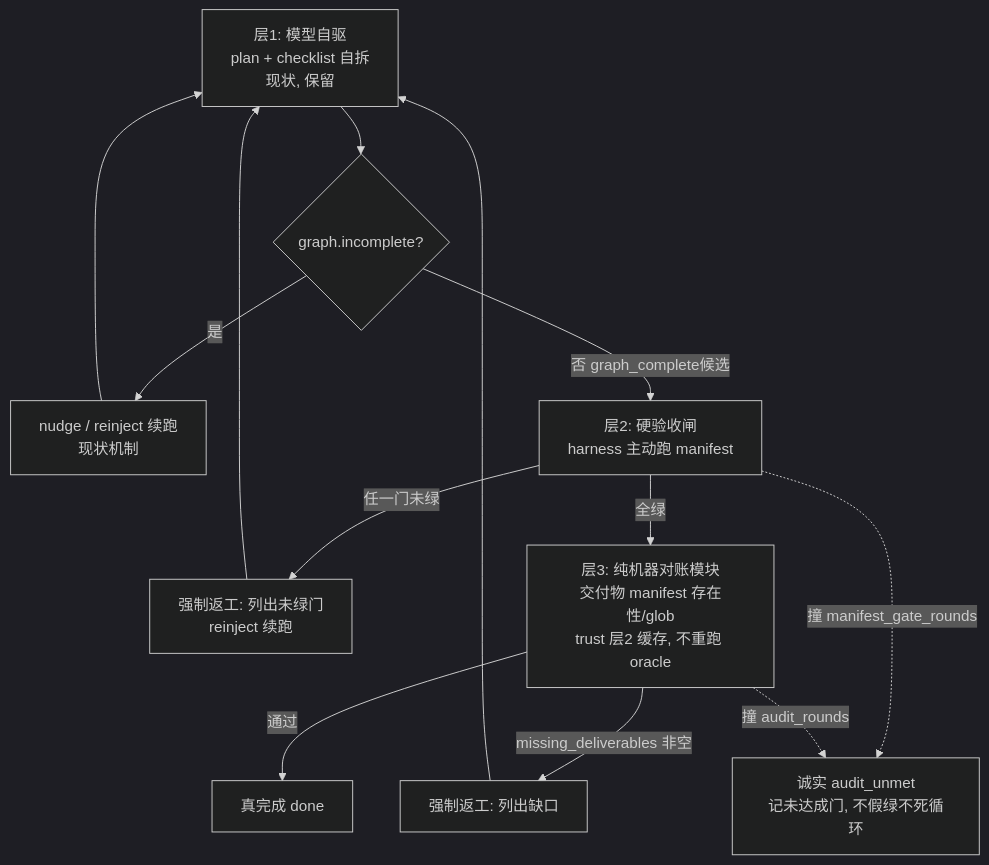
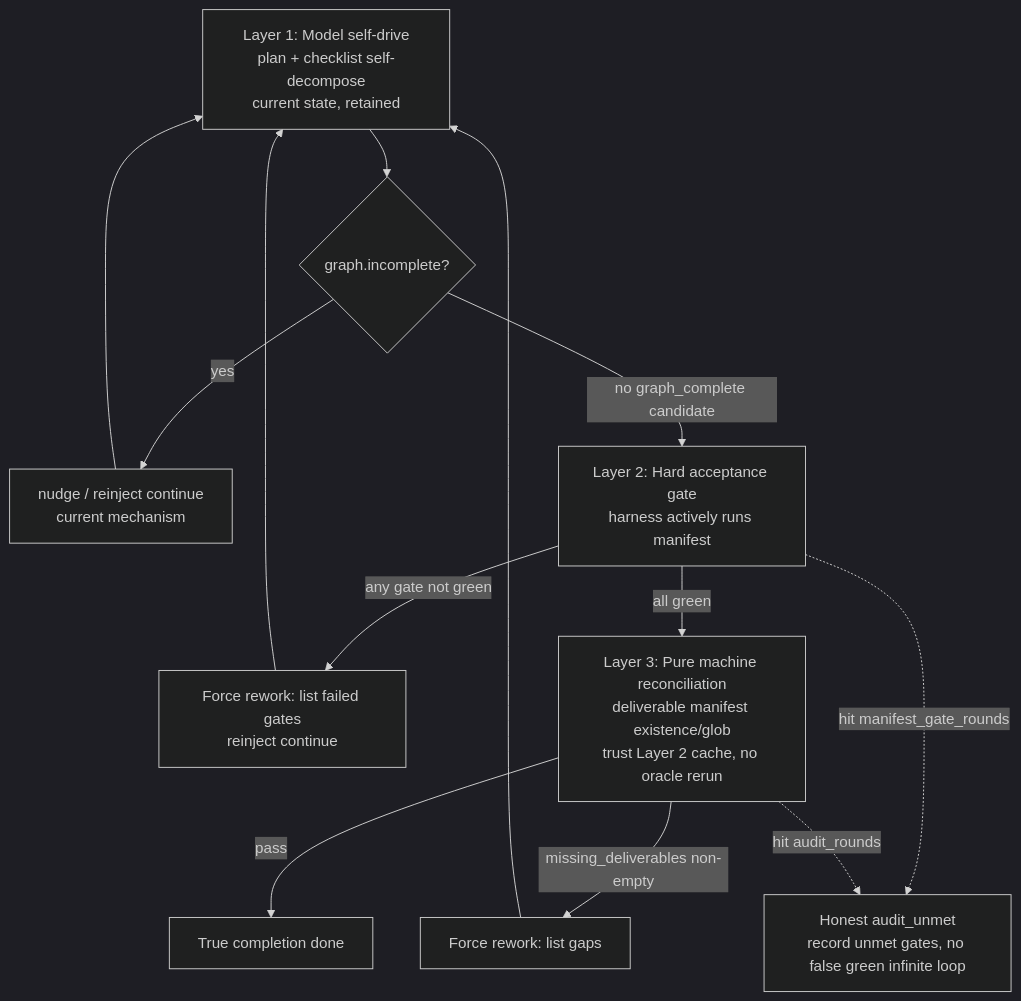
The diagram in docs/harness/COMPOSABLE_HARNESS.md (didclawapp-ai/zagens), drawn with Mermaid (dark theme) before and after one commit. The commit also changed other lines of this file and 26 other files, not shown here.

````diff
--- a/docs/harness/COMPOSABLE_HARNESS.md
+++ b/docs/harness/COMPOSABLE_HARNESS.md
@@ -101,15 +101,15 @@
 ```mermaid
 flowchart TD
-    A[层1: 模型自驱<br/>plan + checklist 自拆<br/>现状, 保留] --> B{graph.incomplete?}
-    B -- 是 --> N[nudge / reinject 续跑<br/>现状机制]
+    A[Layer 1: Model self-drive<br/>plan + checklist self-decompose<br/>current state, retained] --> B{graph.incomplete?}
+    B -- yes --> N[nudge / reinject continue<br/>current mechanism]
     N --> A
-    B -- 否 graph_complete候选 --> C[层2: 硬验收闸<br/>harness 主动跑 manifest]
-    C -- 任一门未绿 --> R[强制返工: 列出未绿门<br/>reinject 续跑]
+    B -- no graph_complete candidate --> C[Layer 2: Hard acceptance gate<br/>harness actively runs manifest]
+    C -- any gate not green --> R[Force rework: list failed gates<br/>reinject continue]
     R --> A
-    C -- 全绿 --> D[层3: 纯机器对账模块<br/>交付物 manifest 存在性/glob<br/>trust 层2 缓存, 不重跑 oracle]
-    D -- missing_deliverables 非空 --> R2[强制返工: 列出缺口]
+    C -- all green --> D[Layer 3: Pure machine reconciliation<br/>deliverable manifest existence/glob<br/>trust Layer 2 cache, no oracle rerun]
+    D -- missing_deliverables non-empty --> R2[Force rework: list gaps]
     R2 --> A
-    D -- 通过 --> E[真完成 done]
-    C -. 撞 manifest_gate_rounds .-> U[诚实 audit_unmet<br/>记未达成门, 不假绿不死循环]
-    D -. 撞 audit_rounds .-> U
+    D -- pass --> E[True completion done]
+    C -. hit manifest_gate_rounds .-> U[Honest audit_unmet<br/>record unmet gates, no false green infinite loop]
+    D -. hit audit_rounds .-> U
 ```
````
